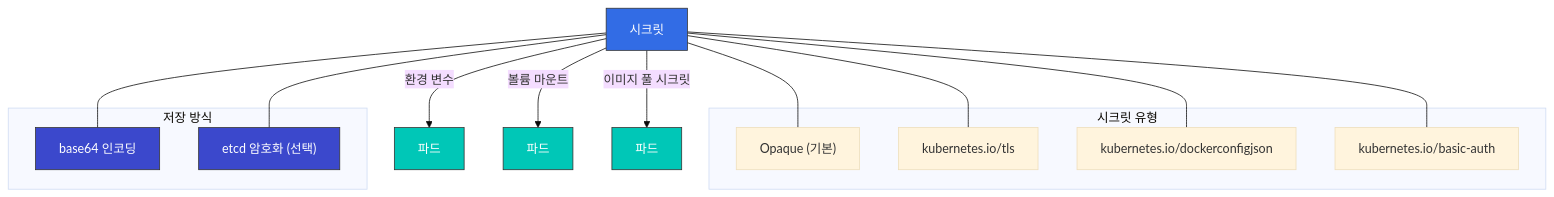
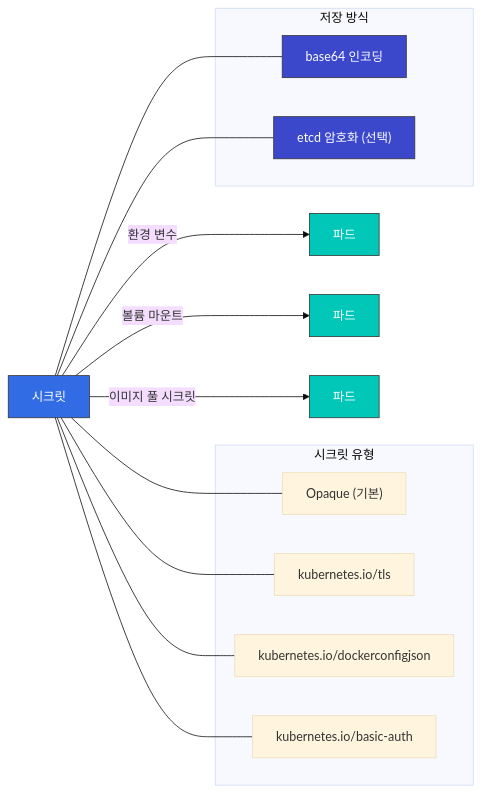
Before and after one commit to Atom-oh/kubernetes-docs: the third of 6 diagrams in core/05-configuration-secrets.md, drawn with Mermaid (base theme). The commit also changed 8 other files, not shown here.

Commit message:
다이어그램 업데이트

````diff
--- a/core/05-configuration-secrets.md
+++ b/core/05-configuration-secrets.md
@@ -228,36 +228,36 @@
 ```mermaid
-graph TD
+graph LR
     Secret[시크릿] -->|환경 변수| Pod1[파드]
     Secret -->|볼륨 마운트| Pod2[파드]
     Secret -->|이미지 풀 시크릿| Pod3[파드]
     
     subgraph "시크릿 유형"
         ST1["Opaque (기본)"]
         ST2["kubernetes.io/tls"]
         ST3["kubernetes.io/dockerconfigjson"]
         ST4["kubernetes.io/basic-auth"]
     end
     
     subgraph "저장 방식"
         Store1["base64 인코딩"]
         Store2["etcd 암호화 (선택)"]
     end
     
     Secret --- ST1
     Secret --- ST2
     Secret --- ST3
     Secret --- ST4
     
     Secret --- Store1
     Secret --- Store2
     
     %% 스타일 정의
     classDef k8sComponent fill:#326CE5,stroke:#333,stroke-width:1px,color:white;
     classDef userApp fill:#00C7B7,stroke:#333,stroke-width:1px,color:white;
     classDef dataStore fill:#3B48CC,stroke:#333,stroke-width:1px,color:white;
     
     %% 클래스 적용
     class Secret k8sComponent;
     class Pod1,Pod2,Pod3 userApp;
     class Store1,Store2 dataStore;
 ```
````
